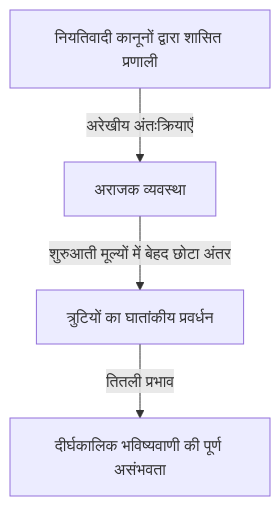
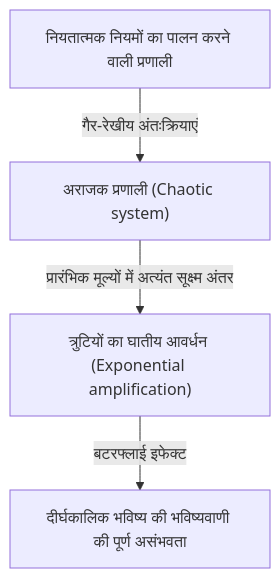
The first of 2 diagrams in content/post/chaos-theory/index.hi.md (kenjinote/blog), drawn with Mermaid before and after one commit. The commit also changed other lines of this file and 97 other files, not shown here.

````diff
--- a/content/post/chaos-theory/index.hi.md
+++ b/content/post/chaos-theory/index.hi.md
@@ -38,6 +38,6 @@
 ```mermaid
 graph TD
-    A["नियतिवादी कानूनों द्वारा शासित प्रणाली"] -->|"अरेखीय अंतःक्रियाएँ"| B["अराजक व्यवस्था"]
-    B -->|"शुरुआती मूल्यों में बेहद छोटा अंतर"| C["त्रुटियों का घातांकीय प्रवर्धन"]
-    C -->|"तितली प्रभाव"| D["दीर्घकालिक भविष्यवाणी की पूर्ण असंभवता"]
+    A["नियतात्मक नियमों का पालन करने वाली प्रणाली"] -->|"गैर-रेखीय अंतःक्रियाएं"| B["अराजक प्रणाली (Chaotic system)"]
+    B -->|"प्रारंभिक मूल्यों में अत्यंत सूक्ष्म अंतर"| C["त्रुटियों का घातीय आवर्धन (Exponential amplification)"]
+    C -->|"बटरफ्लाई इफेक्ट"| D["दीर्घकालिक भविष्य की भविष्यवाणी की पूर्ण असंभवता"]
 ```
````
